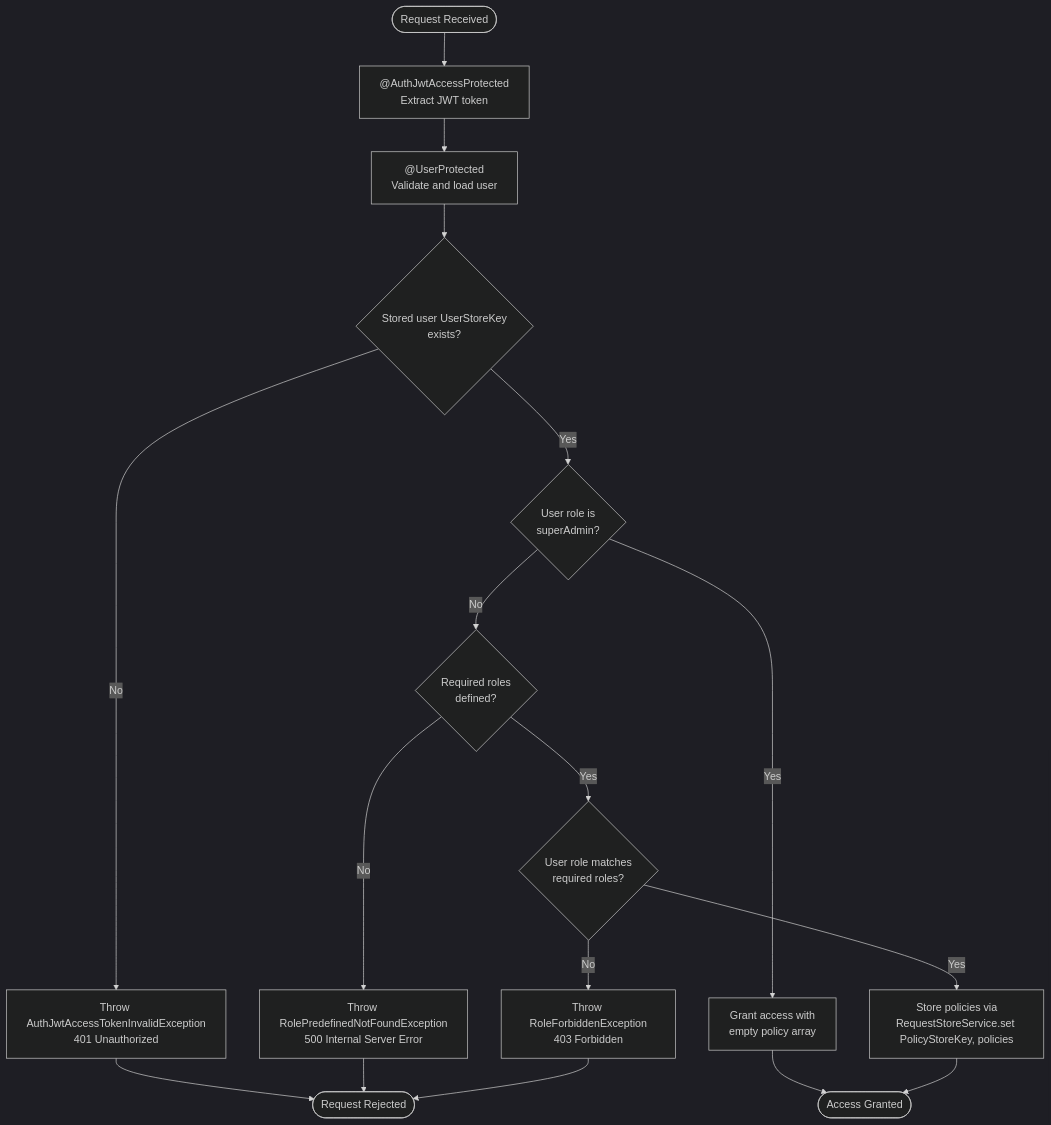
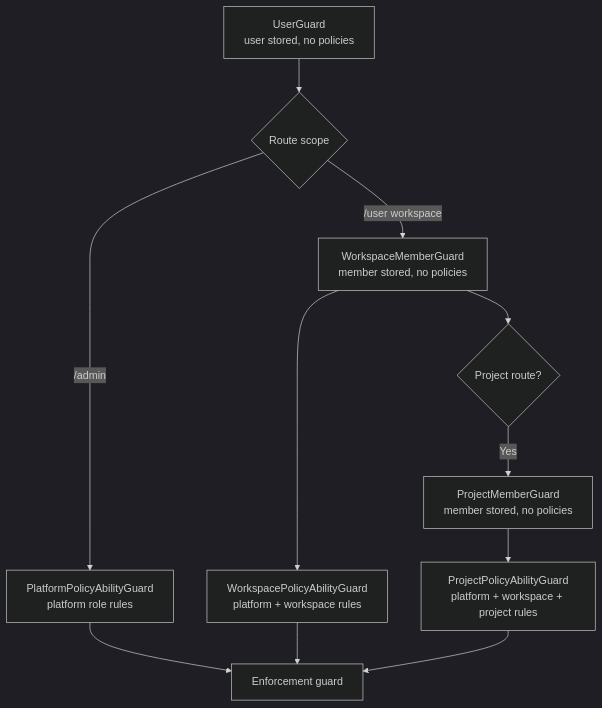
The second of 5 diagrams in docs/authorization.md (andrechristikan/ack-nestjs-boilerplate), drawn with Mermaid (dark theme) before and after one commit. The commit also changed other lines of this file and 303 other files, not shown here.

````diff
--- a/docs/authorization.md
+++ b/docs/authorization.md
@@ -270,25 +228,13 @@
 ```mermaid
 flowchart TD
-    Start([Request Received]) --> JwtGuard[ @AuthJwtAccessProtected<br/>Extract JWT token]
-    JwtGuard --> UserGuard[ @UserProtected<br/>Validate and load user]
-    UserGuard --> CheckUser{Stored user UserStoreKey<br/>exists?}
-    
-    CheckUser -->|No| ErrorUser[Throw AuthJwtAccessTokenInvalidException<br/>401 Unauthorized]
-    CheckUser -->|Yes| CheckSuperAdmin{User role is<br/>superAdmin?}
-    
-    CheckSuperAdmin -->|Yes| GrantSuperAdmin[Grant access with<br/>empty policy array]
-    CheckSuperAdmin -->|No| CheckRequired{Required roles<br/>defined?}
-    
-    CheckRequired -->|No| ErrorPredefined[Throw RolePredefinedNotFoundException<br/>500 Internal Server Error]
-    CheckRequired -->|Yes| CheckRoleMatch{User role matches<br/>required roles?}
-    
-    CheckRoleMatch -->|No| ErrorForbidden[Throw RoleForbiddenException<br/>403 Forbidden]
-    CheckRoleMatch -->|Yes| SetAbilities[Store policies via<br/>RequestStoreService.set PolicyStoreKey, policies]
-    
-    GrantSuperAdmin --> Success([Access Granted])
-    SetAbilities --> Success
-    
-    ErrorUser --> End([Request Rejected])
-    ErrorPredefined --> End
-    ErrorForbidden --> End
+    User[UserGuard<br/>user stored, no policies] --> Route{Route scope}
+    Route -->|/admin| PA[PlatformPolicyAbilityGuard<br/>platform role rules]
+    Route -->|/user workspace| WM[WorkspaceMemberGuard<br/>member stored, no policies]
+    WM --> WA[WorkspacePolicyAbilityGuard<br/>platform + workspace rules]
+    WM --> PM{Project route?}
+    PM -->|Yes| PMG[ProjectMemberGuard<br/>member stored, no policies]
+    PMG --> PJA[ProjectPolicyAbilityGuard<br/>platform + workspace + project rules]
+    PA --> Enforce[Enforcement guard]
+    WA --> Enforce
+    PJA --> Enforce
 ```
````
